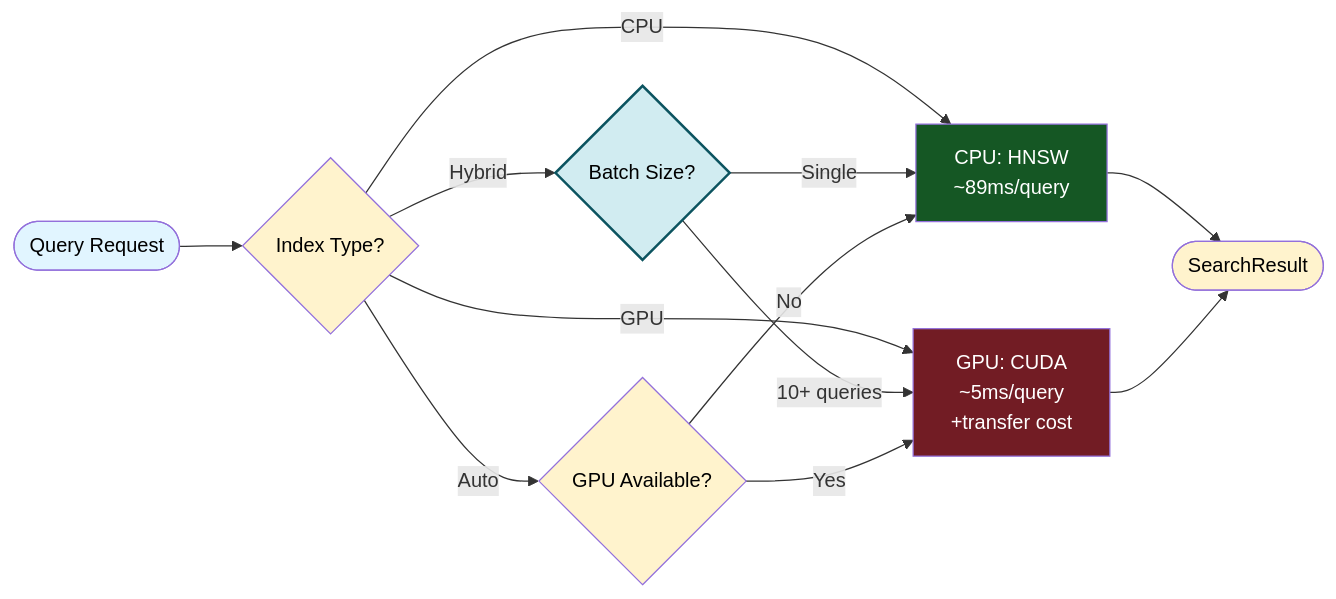
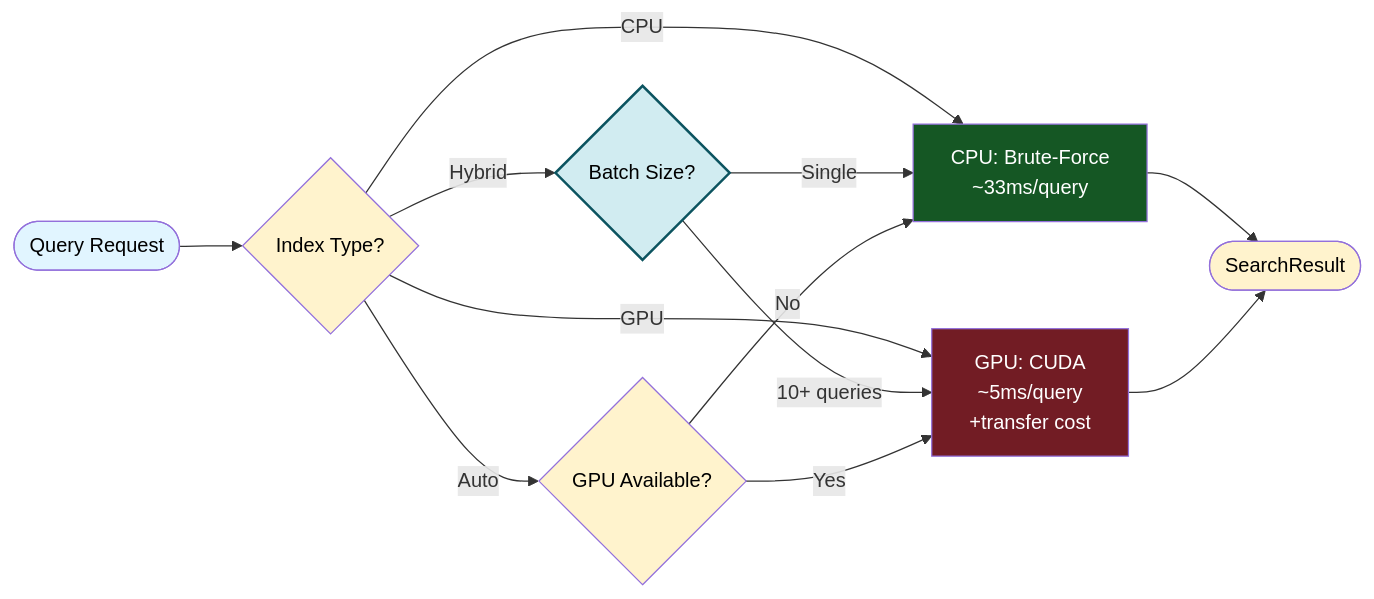
Before and after one commit to michaelangelo23/jvectorcuda: the second of 2 diagrams in README.md, drawn with Mermaid. The commit also changed other lines of this file and 4 other files, not shown here.

````diff
--- a/README.md
+++ b/README.md
@@ -112,28 +112,28 @@
 ```mermaid
 flowchart LR
     Start([Query Request])
     
     Start --> IndexType{Index Type?}
     
     IndexType -->|Hybrid| Smart{Batch Size?}
     IndexType -->|Auto| GPUCheck{GPU Available?}
-    IndexType -->|CPU| CPUPath[CPU: HNSW<br/>~89ms/query]
+    IndexType -->|CPU| CPUPath[CPU: Brute-Force<br/>~33ms/query]
     IndexType -->|GPU| GPUPath[GPU: CUDA<br/>~5ms/query<br/>+transfer cost]
     
     Smart -->|Single| CPUPath
     Smart -->|10+ queries| GPUPath
     
     GPUCheck -->|Yes| GPUPath
     GPUCheck -->|No| CPUPath
     
     CPUPath --> Result([SearchResult])
     GPUPath --> Result
     
     style Start fill:#e1f5ff,color:#000
     style IndexType fill:#fff3cd,color:#000
     style Smart fill:#d1ecf1,stroke:#0c5460,stroke-width:2px,color:#000
     style GPUCheck fill:#fff3cd,color:#000
     style CPUPath fill:#155724,color:#fff
     style GPUPath fill:#721c24,color:#fff
     style Result fill:#fff3cd,color:#000
 ```
````
